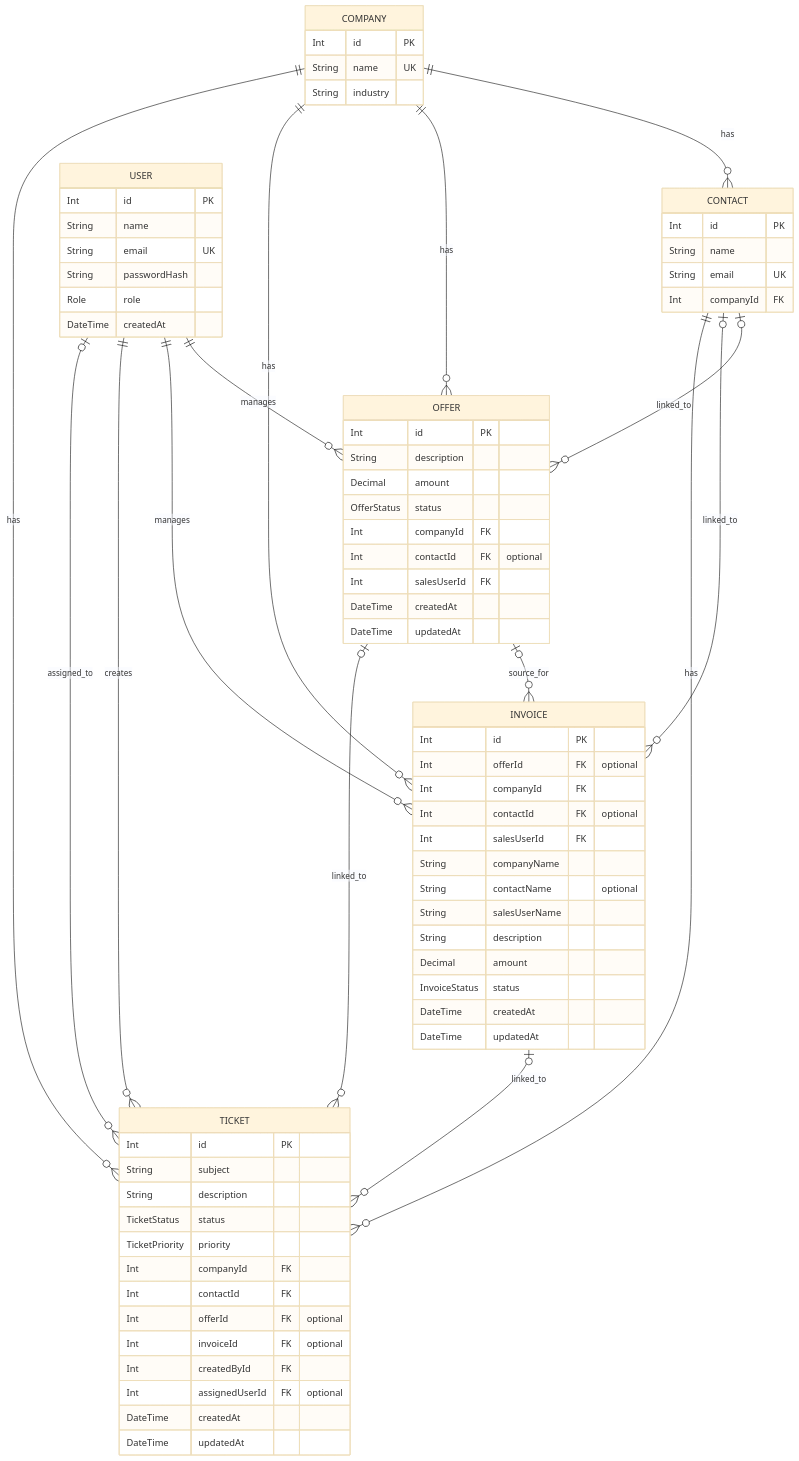
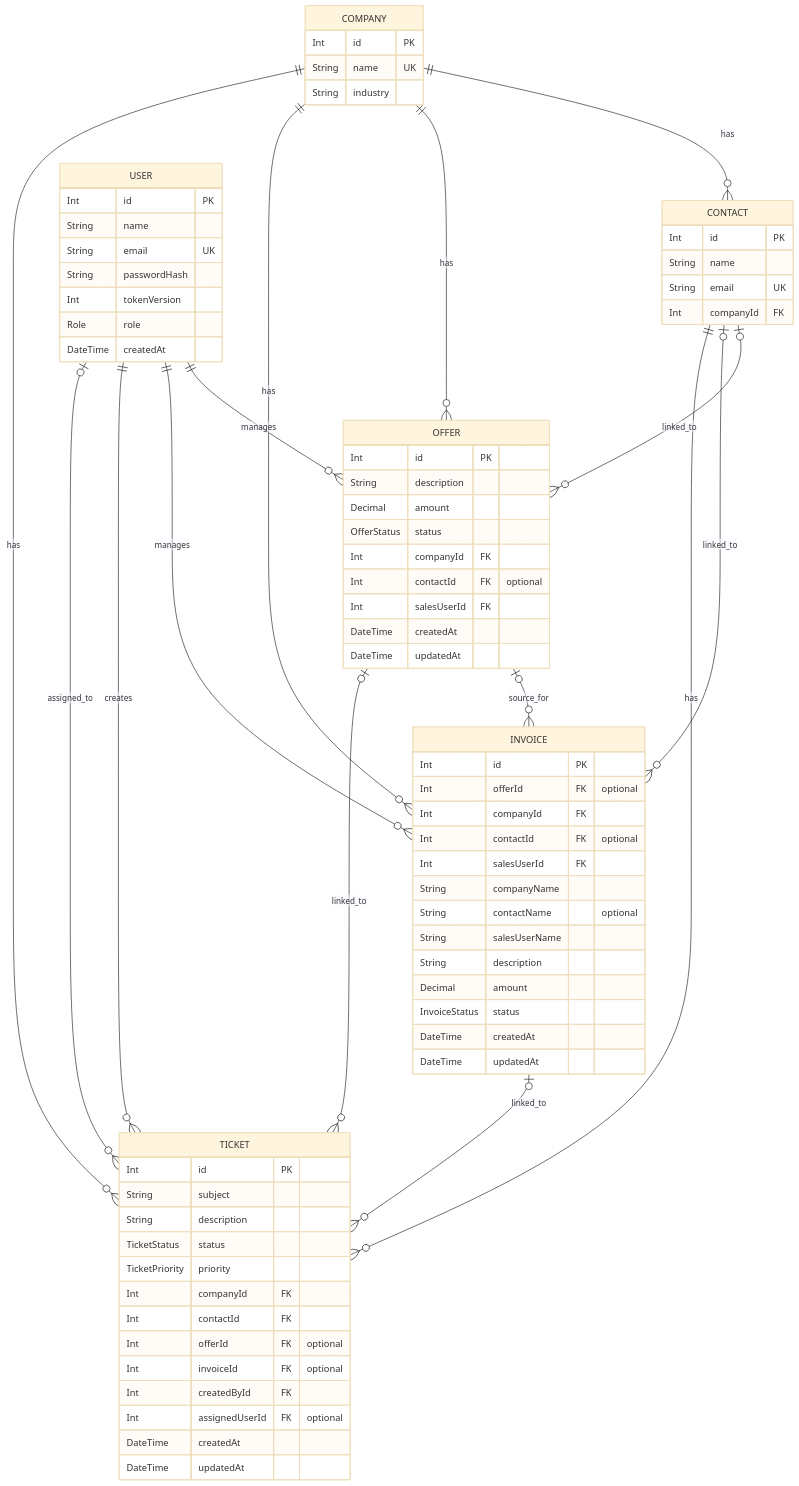
Before and after one commit to id-Roca/CRM-Backend: the second of 5 diagrams in README.md, drawn with Mermaid (base theme). The commit also changed other lines of this file and 32 other files, not shown here.

```diff
--- a/README.md
+++ b/README.md
@@ -93,9 +94,10 @@
         String name
         String email UK
         String passwordHash
+        Int tokenVersion
         Role role
         DateTime createdAt
-    }
+}
 
     OFFER {
         Int id PK
```
